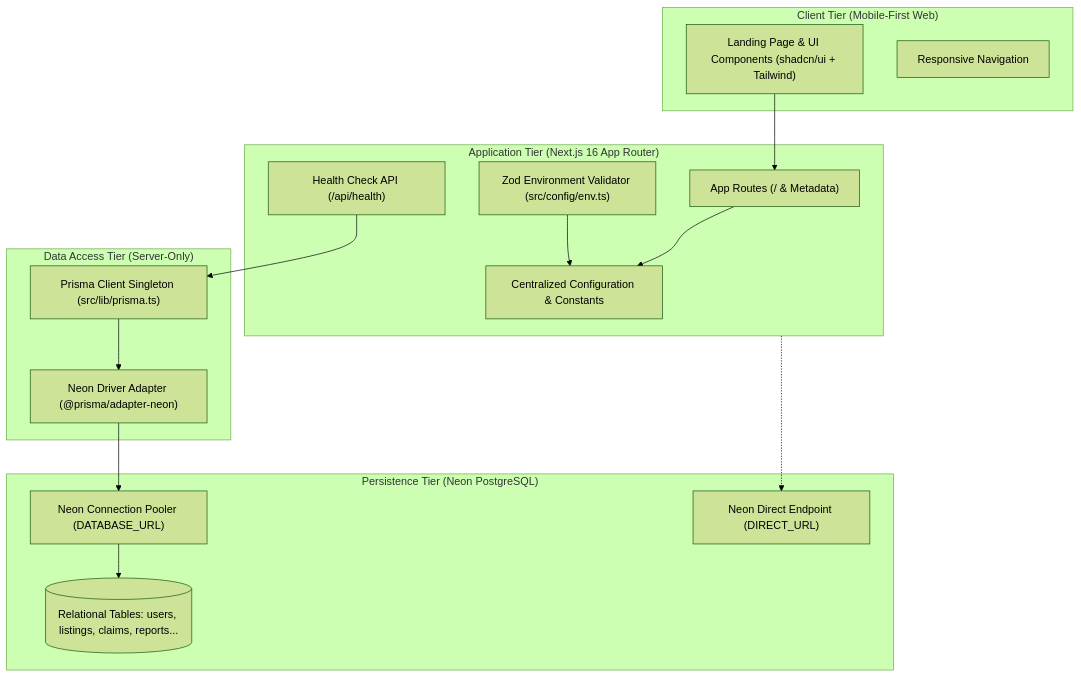
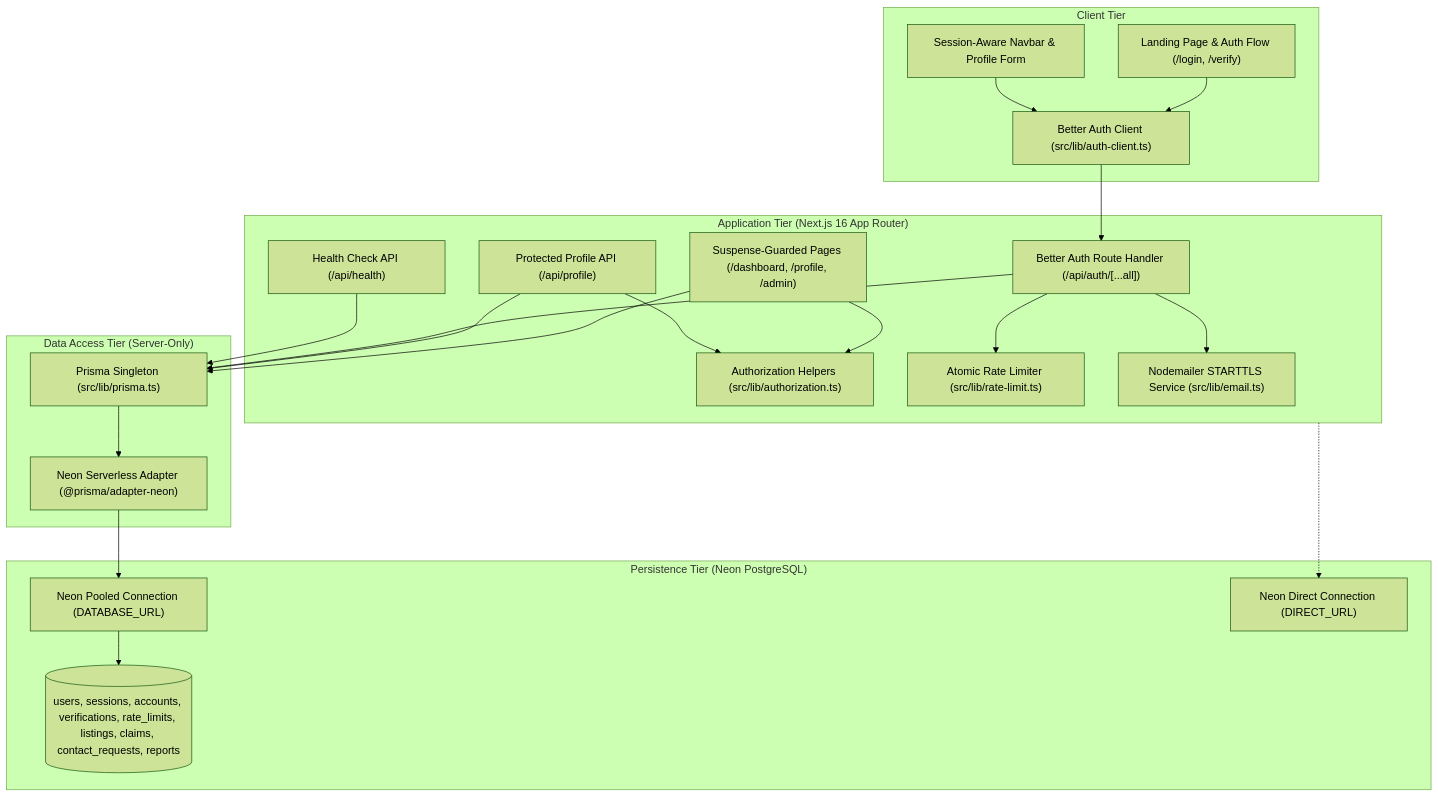
Before and after one commit to Saswata2006/Khoj: the diagram in docs/ARCHITECTURE.md, drawn with Mermaid (forest theme). The commit also changed other lines of this file and 37 other files, not shown here.

Commit message:
feat(auth): complete secure OTP authentication and user dashboard

````diff
--- a/docs/ARCHITECTURE.md
+++ b/docs/ARCHITECTURE.md
@@ -7,34 +7,45 @@
 ```mermaid
 flowchart TD
-    subgraph Client["Client Tier (Mobile-First Web)"]
-        UI["Landing Page & UI Components (shadcn/ui + Tailwind)"]
-        ResponsiveNav["Responsive Navigation"]
+    subgraph Client["Client Tier"]
+        PublicUI["Landing Page & Auth Flow (/login, /verify)"]
+        AuthClient["Better Auth Client (src/lib/auth-client.ts)"]
+        NavUI["Session-Aware Navbar & Profile Form"]
     end
 
     subgraph AppServer["Application Tier (Next.js 16 App Router)"]
-        Pages["App Routes (/ & Metadata)"]
+        AuthRoutes["Better Auth Route Handler (/api/auth/[...all])"]
+        ProtectedPages["Suspense-Guarded Pages (/dashboard, /profile, /admin)"]
+        ProfileAPI["Protected Profile API (/api/profile)"]
         HealthAPI["Health Check API (/api/health)"]
-        ConfigLayer["Centralized Configuration & Constants"]
-        EnvValidation["Zod Environment Validator (src/config/env.ts)"]
+        AuthZ["Authorization Helpers (src/lib/authorization.ts)"]
+        RateLimit["Atomic Rate Limiter (src/lib/rate-limit.ts)"]
+        EmailSvc["Nodemailer STARTTLS Service (src/lib/email.ts)"]
     end
 
     subgraph DataAccess["Data Access Tier (Server-Only)"]
-        PrismaClient["Prisma Client Singleton (src/lib/prisma.ts)"]
-        NeonAdapter["Neon Driver Adapter (@prisma/adapter-neon)"]
+        PrismaClient["Prisma Singleton (src/lib/prisma.ts)"]
+        NeonAdapter["Neon Serverless Adapter (@prisma/adapter-neon)"]
     end
 
     subgraph Database["Persistence Tier (Neon PostgreSQL)"]
-        NeonPooler["Neon Connection Pooler (DATABASE_URL)"]
-        NeonDirect["Neon Direct Endpoint (DIRECT_URL)"]
-        PostgresTables[("Relational Tables: users, listings, claims, reports...")]
+        NeonPooler["Neon Pooled Connection (DATABASE_URL)"]
+        NeonDirect["Neon Direct Connection (DIRECT_URL)"]
+        PostgresTables[("users, sessions, accounts, verifications, rate_limits, listings, claims, contact_requests, reports")]
     end
 
-    UI --> Pages
-    Pages --> ConfigLayer
+    PublicUI --> AuthClient
+    NavUI --> AuthClient
+    AuthClient --> AuthRoutes
+    ProtectedPages --> AuthZ
+    ProtectedPages --> PrismaClient
+    ProfileAPI --> AuthZ
+    ProfileAPI --> PrismaClient
+    AuthRoutes --> RateLimit
+    AuthRoutes --> EmailSvc
+    AuthRoutes --> PrismaClient
     HealthAPI --> PrismaClient
     PrismaClient --> NeonAdapter
     NeonAdapter --> NeonPooler
     NeonPooler --> PostgresTables
     AppServer -.-> NeonDirect
-    EnvValidation --> ConfigLayer
 ```
````
